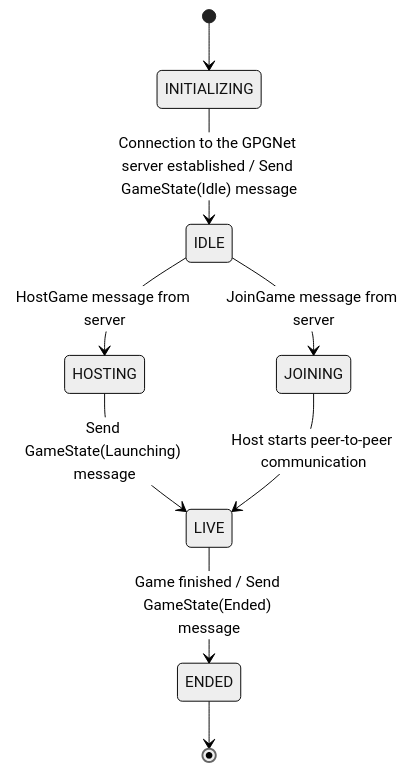
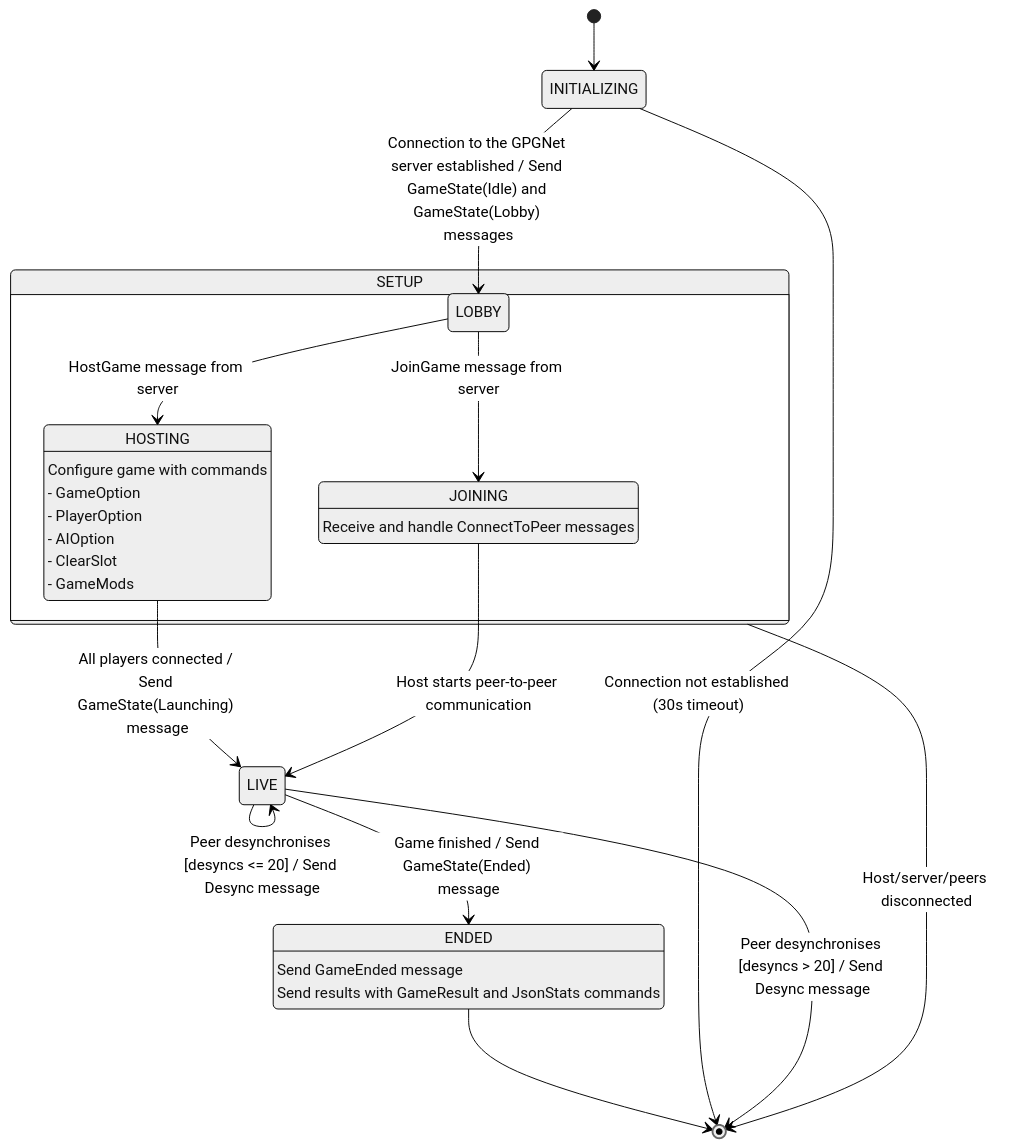
One commit to md-173/faf-test-harness changed the first of 2 diagrams in documentation/research/state-diagram.md. Above: the diagram before and after it, drawn with Mermaid (neutral theme). The commit also changed other lines of this file, not shown here.

Commit message:
docs: Add failure states to state diagrams

````diff
--- a/documentation/research/state-diagram.md
+++ b/documentation/research/state-diagram.md
@@ -25,11 +25,35 @@
 ```mermaid
 stateDiagram-v2
     [*] --> INITIALIZING
-    INITIALIZING --> IDLE : Connection to the GPGNet server established / Send GameState(Idle) message
-    IDLE --> HOSTING : HostGame message from server
-    IDLE --> JOINING : JoinGame message from server
-    HOSTING --> LIVE : Send GameState(Launching) message
+    INITIALIZING --> LOBBY : Connection to the GPGNet server established / Send GameState(Idle) and GameState(Lobby) messages
+    state "SETUP" as SETUP {
+        LOBBY --> HOSTING : HostGame message from server
+        LOBBY --> JOINING : JoinGame message from server
+
+        state "HOSTING" as HOSTING
+        HOSTING : Configure game with commands
+        HOSTING : - GameOption
+        HOSTING : - PlayerOption
+        HOSTING : - AIOption
+        HOSTING : - ClearSlot
+        HOSTING : - GameMods
+
+        state "JOINING" as JOINING
+        JOINING : Receive and handle ConnectToPeer messages
+    }
+    HOSTING --> LIVE : All players connected / Send GameState(Launching) message
     JOINING --> LIVE : Host starts peer-to-peer communication
+
+    LIVE --> LIVE : Peer desynchronises [desyncs <= 20] / Send Desync message
     LIVE --> ENDED : Game finished / Send GameState(Ended) message
     ENDED --> [*]
+
+    state "ENDED" as ENDED
+    ENDED : Send GameEnded message
+    ENDED : Send results with GameResult and JsonStats commands
+
+    # Error conditions
+    INITIALIZING --> [*] : Connection not established (30s timeout)
+    SETUP --> [*] : Host/server/peers disconnected
+    LIVE --> [*] : Peer desynchronises [desyncs > 20] / Send Desync message
 ```
````
